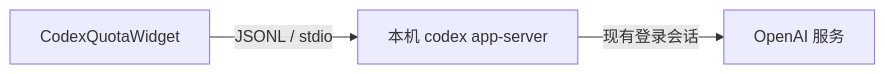
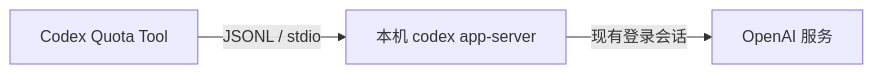
The diagram in README.md (SundeqiX1/CodexMeter), drawn with Mermaid before and after one commit. The commit also changed other lines of this file and 40 other files, not shown here.

````diff
--- a/README.md
+++ b/README.md
@@ -20,5 +22,5 @@
 ```mermaid
 flowchart LR
-    Widget["CodexQuotaWidget"] -->|"JSONL / stdio"| Server["本机 codex app-server"]
+    Widget["Codex Quota Tool"] -->|"JSONL / stdio"| Server["本机 codex app-server"]
     Server -->|"现有登录会话"| Service["OpenAI 服务"]
 ```
````
